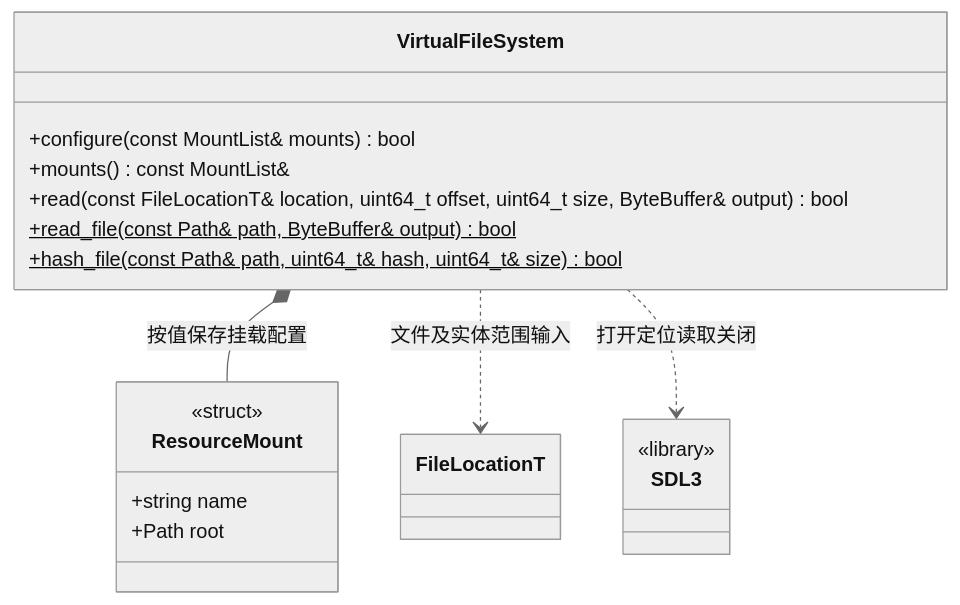
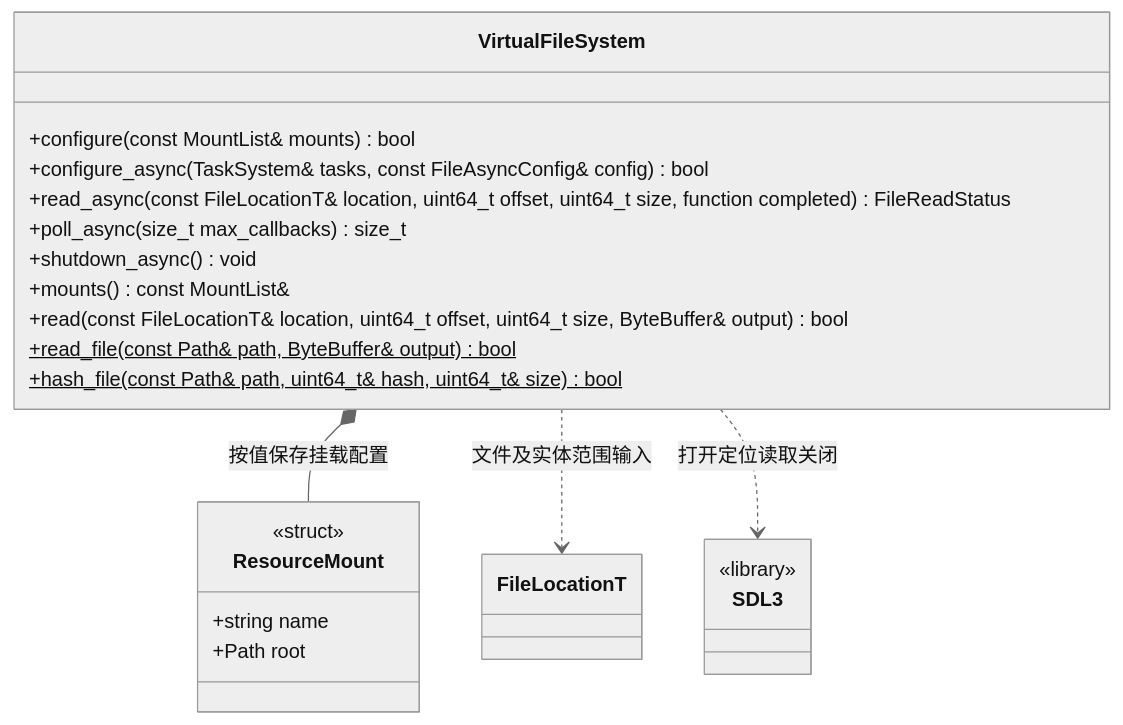
The first of 3 diagrams in docs/runtime/class-diagrams/virtual-file-system.md (lcals/Engine), drawn with Mermaid (neutral theme) before and after one commit. The commit also changed other lines of this file and 135 other files, not shown here.

````diff
--- a/docs/runtime/class-diagrams/virtual-file-system.md
+++ b/docs/runtime/class-diagrams/virtual-file-system.md
@@ -7,22 +7,26 @@
 ```mermaid
 classDiagram
     class VirtualFileSystem {
         +configure(const MountList& mounts) bool
+        +configure_async(TaskSystem& tasks, const FileAsyncConfig& config) bool
+        +read_async(const FileLocationT& location, uint64_t offset, uint64_t size, function completed) FileReadStatus
+        +poll_async(size_t max_callbacks) size_t
+        +shutdown_async() void
         +mounts() const MountList&
         +read(const FileLocationT& location, uint64_t offset, uint64_t size, ByteBuffer& output) bool
         +read_file(const Path& path, ByteBuffer& output) bool$
         +hash_file(const Path& path, uint64_t& hash, uint64_t& size) bool$
     }
     class ResourceMount {
         <<struct>>
         +string name
         +Path root
     }
     class FileLocationT
     class SDL3 {
         <<library>>
     }
     VirtualFileSystem *-- ResourceMount : 按值保存挂载配置
     VirtualFileSystem ..> FileLocationT : 文件及实体范围输入
     VirtualFileSystem ..> SDL3 : 打开定位读取关闭
 ```
````
